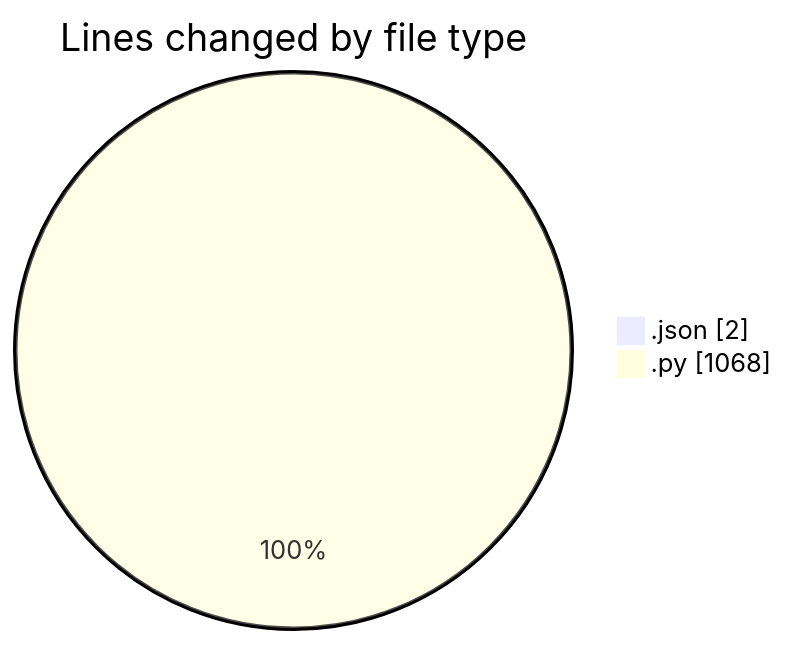
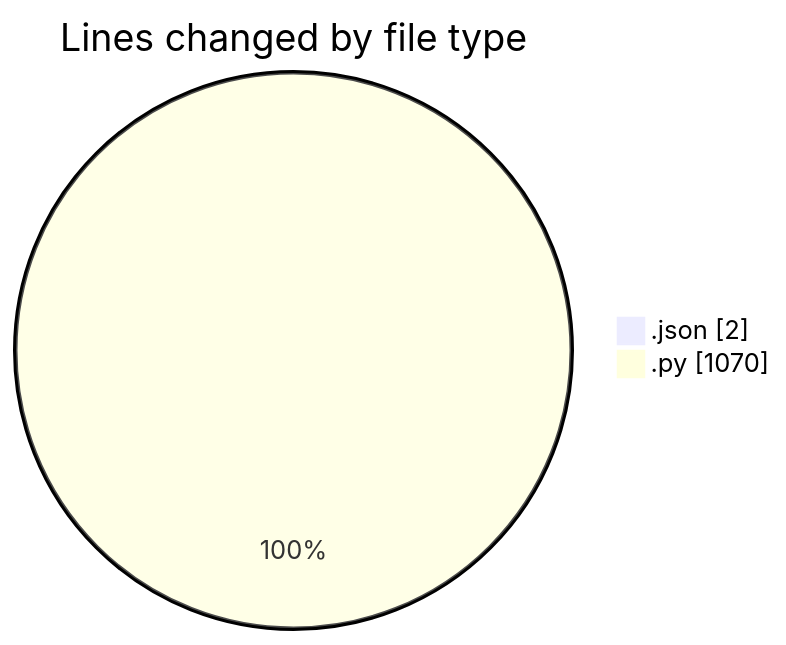
The first of 2 diagrams in 2025-02-19/myws__workspace_/README.md (MatusMokan/code-tracking), drawn with Mermaid before and after one commit. The commit also changed other lines of this file and 1 other file, not shown here.

````diff
--- a/2025-02-19/myws__workspace_/README.md
+++ b/2025-02-19/myws__workspace_/README.md
@@ -24,6 +24,6 @@
 ```mermaid
 pie showData
 title Lines changed by file type
 ".json" : 2
-".py" : 1068
+".py" : 1070
 ```
````
